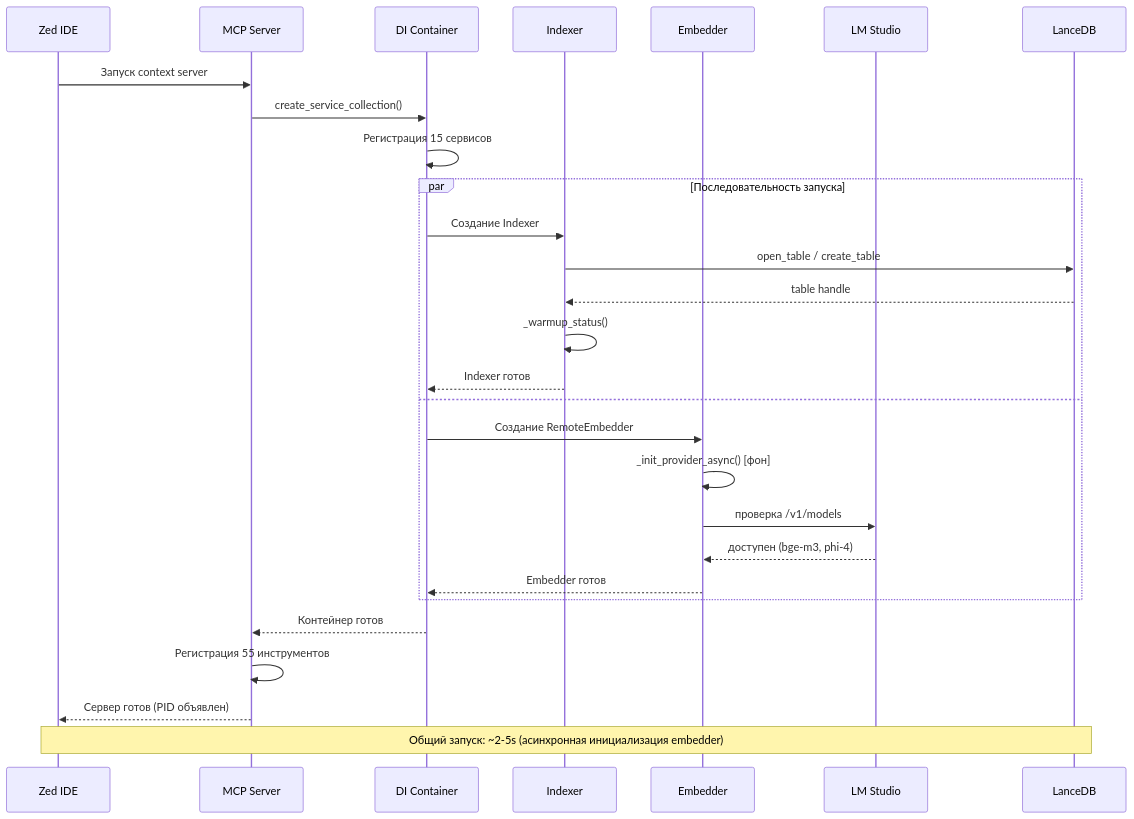
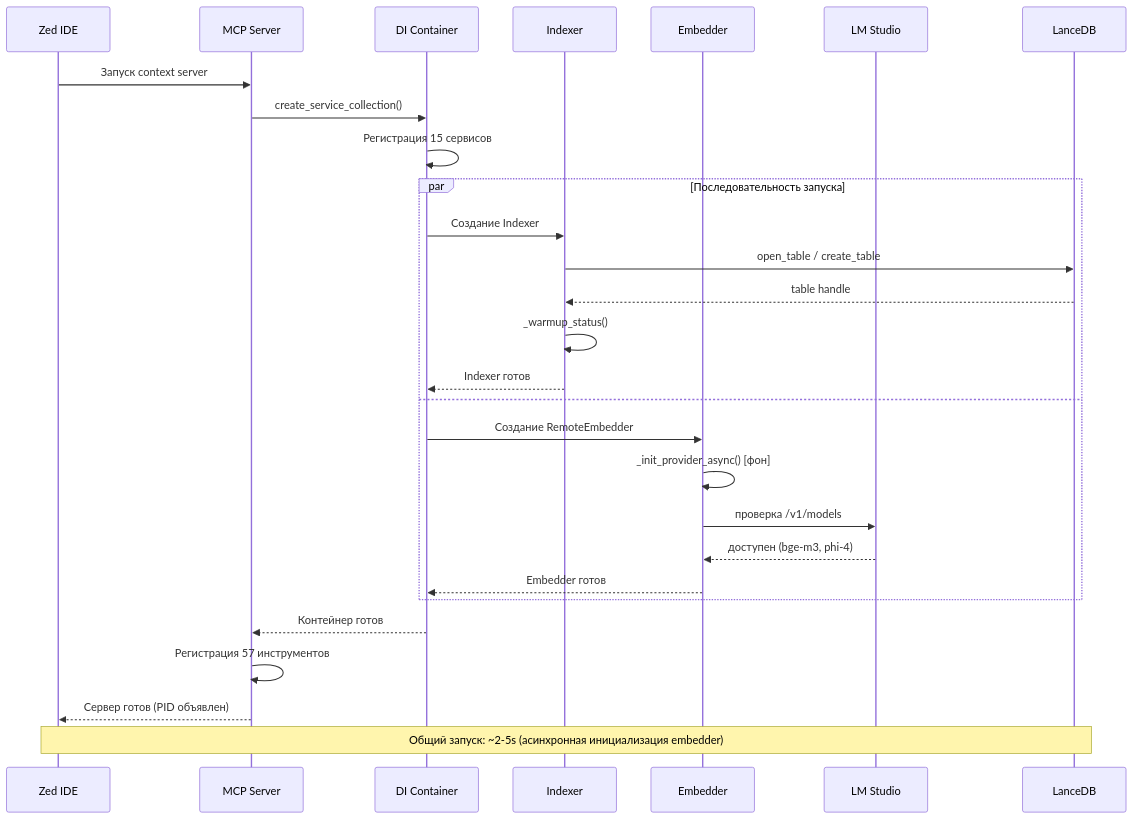
Before and after one commit to ManSio/mscodebase-intelligence: the fifth of 8 diagrams in docs/ru/ARCHITECTURE_DEEP.md, drawn with Mermaid. The commit also changed other lines of this file and 58 other files, not shown here.

````diff
--- a/docs/ru/ARCHITECTURE_DEEP.md
+++ b/docs/ru/ARCHITECTURE_DEEP.md
@@ -179,34 +179,34 @@
 ```mermaid
 sequenceDiagram
     participant Zed as Zed IDE
     participant MCP as MCP Server
     participant DI as DI Container
     participant IX as Indexer
     participant EM as Embedder
     participant LM as LM Studio
     participant DB as LanceDB
 
     Zed->>MCP: Запуск context server
     MCP->>DI: create_service_collection()
     DI->>DI: Регистрация 15 сервисов
     
     par Последовательность запуска
         DI->>IX: Создание Indexer
         IX->>DB: open_table / create_table
         DB-->>IX: table handle
         IX->>IX: _warmup_status()
         IX-->>DI: Indexer готов
     and
         DI->>EM: Создание RemoteEmbedder
         EM->>EM: _init_provider_async() [фон]
         EM->>LM: проверка /v1/models
         LM-->>EM: доступен (bge-m3, phi-4)
         EM-->>DI: Embedder готов
     end
     
     DI-->>MCP: Контейнер готов
-    MCP->>MCP: Регистрация 55 инструментов
+    MCP->>MCP: Регистрация 57 инструментов
     MCP-->>Zed: Сервер готов (PID объявлен)
     
     Note over Zed,DB: Общий запуск: ~2-5s (асинхронная инициализация embedder)
 ```
````
